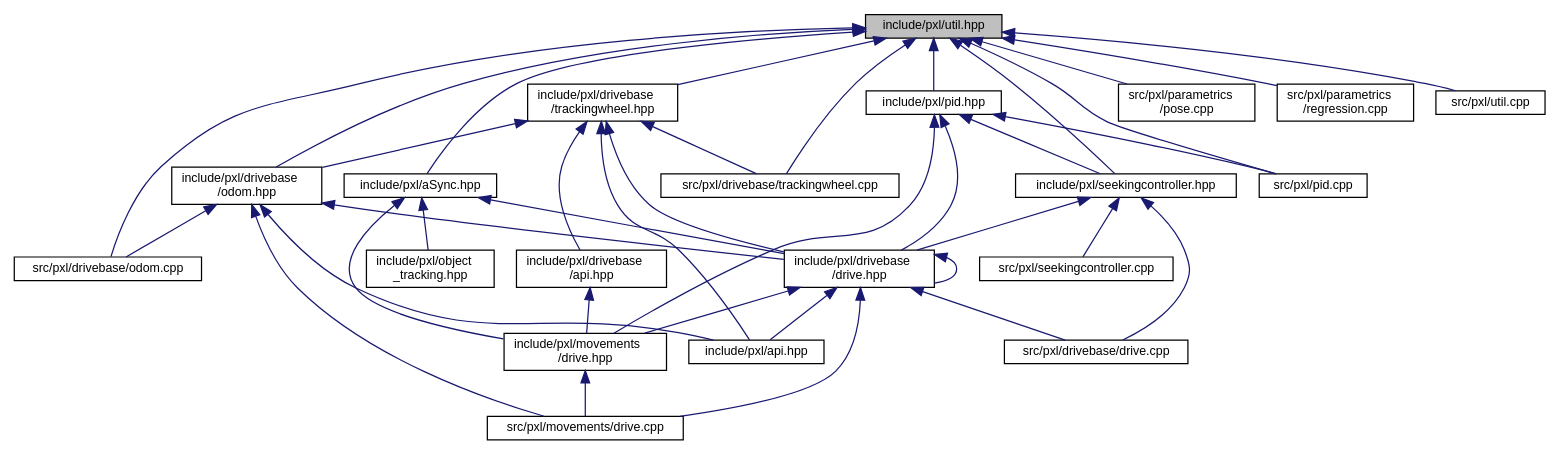
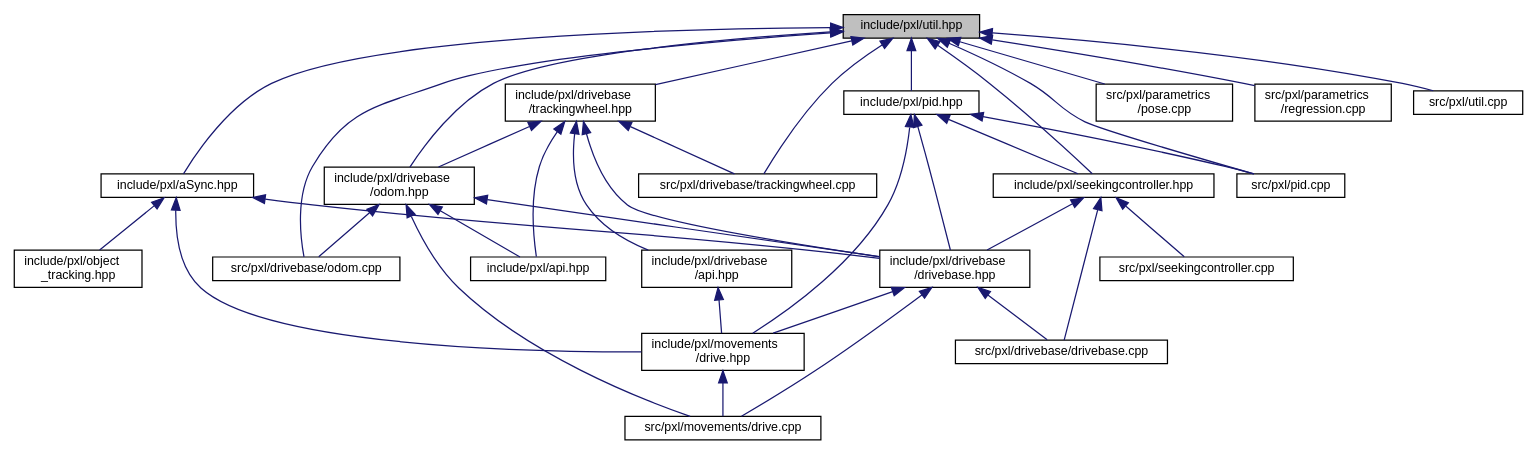
The diagram in util_8hpp__dep__incl.dot (Pixel-Lib/Pixel), drawn with Graphviz before and after one commit. The commit also changed 130 other files, not shown here.

```diff
--- a/util_8hpp__dep__incl.dot
+++ b/util_8hpp__dep__incl.dot
@@ -1,63 +1,61 @@
 digraph "include/pxl/util.hpp"
 {
  // LATEX_PDF_SIZE
   edge [fontname="Helvetica",fontsize="10",labelfontname="Helvetica",labelfontsize="10"];
   node [fontname="Helvetica",fontsize="10",shape=record];
   Node1 [label="include/pxl/util.hpp",height=0.2,width=0.4,color="black", fillcolor="grey75", style="filled", fontcolor="black",tooltip=" "];
   Node1 -> Node2 [dir="back",color="midnightblue",fontsize="10",style="solid",fontname="Helvetica"];
   Node2 [label="include/pxl/aSync.hpp",height=0.2,width=0.4,color="black", fillcolor="white", style="filled",URL="$aSync_8hpp.html",tooltip=" "];
   Node2 -> Node3 [dir="back",color="midnightblue",fontsize="10",style="solid",fontname="Helvetica"];
-  Node3 [label="include/pxl/drivebase\l/drive.hpp",height=0.2,width=0.4,color="black", fillcolor="white", style="filled",URL="$drivebase_2drive_8hpp.html",tooltip=" "];
+  Node3 [label="include/pxl/drivebase\l/drivebase.hpp",height=0.2,width=0.4,color="black", fillcolor="white", style="filled",URL="$drivebase_8hpp.html",tooltip=" "];
   Node3 -> Node4 [dir="back",color="midnightblue",fontsize="10",style="solid",fontname="Helvetica"];
-  Node4 [label="include/pxl/api.hpp",height=0.2,width=0.4,color="black", fillcolor="white", style="filled",URL="$api_8hpp.html",tooltip=" "];
-  Node3 -> Node3 [dir="back",color="midnightblue",fontsize="10",style="solid",fontname="Helvetica"];
+  Node4 [label="include/pxl/movements\l/drive.hpp",height=0.2,width=0.4,color="black", fillcolor="white", style="filled",URL="$drive_8hpp.html",tooltip=" "];
+  Node4 -> Node5 [dir="back",color="midnightblue",fontsize="10",style="solid",fontname="Helvetica"];
+  Node5 [label="src/pxl/movements/drive.cpp",height=0.2,width=0.4,color="black", fillcolor="white", style="filled",URL="$drive_8cpp.html",tooltip=" "];
+  Node3 -> Node6 [dir="back",color="midnightblue",fontsize="10",style="solid",fontname="Helvetica"];
+  Node6 [label="src/pxl/drivebase/drivebase.cpp",height=0.2,width=0.4,color="black", fillcolor="white", style="filled",URL="$drivebase_8cpp.html",tooltip=" "];
   Node3 -> Node5 [dir="back",color="midnightblue",fontsize="10",style="solid",fontname="Helvetica"];
-  Node5 [label="include/pxl/movements\l/drive.hpp",height=0.2,width=0.4,color="black", fillcolor="white", style="filled",URL="$movements_2drive_8hpp.html",tooltip=" "];
-  Node5 -> Node6 [dir="back",color="midnightblue",fontsize="10",style="solid",fontname="Helvetica"];
-  Node6 [label="src/pxl/movements/drive.cpp",height=0.2,width=0.4,color="black", fillcolor="white", style="filled",URL="$movements_2drive_8cpp.html",tooltip=" "];
-  Node3 -> Node7 [dir="back",color="midnightblue",fontsize="10",style="solid",fontname="Helvetica"];
-  Node7 [label="src/pxl/drivebase/drive.cpp",height=0.2,width=0.4,color="black", fillcolor="white", style="filled",URL="$drivebase_2drive_8cpp.html",tooltip=" "];
-  Node3 -> Node6 [dir="back",color="midnightblue",fontsize="10",style="solid",fontname="Helvetica"];
-  Node2 -> Node5 [dir="back",color="midnightblue",fontsize="10",style="solid",fontname="Helvetica"];
-  Node2 -> Node8 [dir="back",color="midnightblue",fontsize="10",style="solid",fontname="Helvetica"];
-  Node8 [label="include/pxl/object\l_tracking.hpp",height=0.2,width=0.4,color="black", fillcolor="white", style="filled",URL="$object__tracking_8hpp.html",tooltip=" "];
-  Node1 -> Node9 [dir="back",color="midnightblue",fontsize="10",style="solid",fontname="Helvetica"];
-  Node9 [label="include/pxl/drivebase\l/odom.hpp",height=0.2,width=0.4,color="black", fillcolor="white", style="filled",URL="$odom_8hpp.html",tooltip=" "];
-  Node9 -> Node4 [dir="back",color="midnightblue",fontsize="10",style="solid",fontname="Helvetica"];
-  Node9 -> Node3 [dir="back",color="midnightblue",fontsize="10",style="solid",fontname="Helvetica"];
-  Node9 -> Node10 [dir="back",color="midnightblue",fontsize="10",style="solid",fontname="Helvetica"];
+  Node2 -> Node4 [dir="back",color="midnightblue",fontsize="10",style="solid",fontname="Helvetica"];
+  Node2 -> Node7 [dir="back",color="midnightblue",fontsize="10",style="solid",fontname="Helvetica"];
+  Node7 [label="include/pxl/object\l_tracking.hpp",height=0.2,width=0.4,color="black", fillcolor="white", style="filled",URL="$object__tracking_8hpp.html",tooltip=" "];
+  Node1 -> Node8 [dir="back",color="midnightblue",fontsize="10",style="solid",fontname="Helvetica"];
+  Node8 [label="include/pxl/drivebase\l/odom.hpp",height=0.2,width=0.4,color="black", fillcolor="white", style="filled",URL="$odom_8hpp.html",tooltip=" "];
+  Node8 -> Node9 [dir="back",color="midnightblue",fontsize="10",style="solid",fontname="Helvetica"];
+  Node9 [label="include/pxl/api.hpp",height=0.2,width=0.4,color="black", fillcolor="white", style="filled",URL="$api_8hpp.html",tooltip=" "];
+  Node8 -> Node3 [dir="back",color="midnightblue",fontsize="10",style="solid",fontname="Helvetica"];
+  Node8 -> Node10 [dir="back",color="midnightblue",fontsize="10",style="solid",fontname="Helvetica"];
   Node10 [label="src/pxl/drivebase/odom.cpp",height=0.2,width=0.4,color="black", fillcolor="white", style="filled",URL="$odom_8cpp.html",tooltip=" "];
-  Node9 -> Node6 [dir="back",color="midnightblue",fontsize="10",style="solid",fontname="Helvetica"];
+  Node8 -> Node5 [dir="back",color="midnightblue",fontsize="10",style="solid",fontname="Helvetica"];
   Node1 -> Node11 [dir="back",color="midnightblue",fontsize="10",style="solid",fontname="Helvetica"];
   Node11 [label="include/pxl/drivebase\l/trackingwheel.hpp",height=0.2,width=0.4,color="black", fillcolor="white", style="filled",URL="$trackingwheel_8hpp.html",tooltip=" "];
-  Node11 -> Node4 [dir="back",color="midnightblue",fontsize="10",style="solid",fontname="Helvetica"];
+  Node11 -> Node9 [dir="back",color="midnightblue",fontsize="10",style="solid",fontname="Helvetica"];
   Node11 -> Node12 [dir="back",color="midnightblue",fontsize="10",style="solid",fontname="Helvetica"];
   Node12 [label="include/pxl/drivebase\l/api.hpp",height=0.2,width=0.4,color="black", fillcolor="white", style="filled",URL="$drivebase_2api_8hpp.html",tooltip=" "];
-  Node12 -> Node5 [dir="back",color="midnightblue",fontsize="10",style="solid",fontname="Helvetica"];
+  Node12 -> Node4 [dir="back",color="midnightblue",fontsize="10",style="solid",fontname="Helvetica"];
   Node11 -> Node3 [dir="back",color="midnightblue",fontsize="10",style="solid",fontname="Helvetica"];
-  Node11 -> Node9 [dir="back",color="midnightblue",fontsize="10",style="solid",fontname="Helvetica"];
+  Node11 -> Node8 [dir="back",color="midnightblue",fontsize="10",style="solid",fontname="Helvetica"];
   Node11 -> Node13 [dir="back",color="midnightblue",fontsize="10",style="solid",fontname="Helvetica"];
   Node13 [label="src/pxl/drivebase/trackingwheel.cpp",height=0.2,width=0.4,color="black", fillcolor="white", style="filled",URL="$trackingwheel_8cpp.html",tooltip=" "];
   Node1 -> Node14 [dir="back",color="midnightblue",fontsize="10",style="solid",fontname="Helvetica"];
   Node14 [label="include/pxl/pid.hpp",height=0.2,width=0.4,color="black", fillcolor="white", style="filled",URL="$pid_8hpp.html",tooltip=" "];
   Node14 -> Node3 [dir="back",color="midnightblue",fontsize="10",style="solid",fontname="Helvetica"];
-  Node14 -> Node5 [dir="back",color="midnightblue",fontsize="10",style="solid",fontname="Helvetica"];
+  Node14 -> Node4 [dir="back",color="midnightblue",fontsize="10",style="solid",fontname="Helvetica"];
   Node14 -> Node15 [dir="back",color="midnightblue",fontsize="10",style="solid",fontname="Helvetica"];
   Node15 [label="include/pxl/seekingcontroller.hpp",height=0.2,width=0.4,color="black", fillcolor="white", style="filled",URL="$seekingcontroller_8hpp.html",tooltip=" "];
   Node15 -> Node3 [dir="back",color="midnightblue",fontsize="10",style="solid",fontname="Helvetica"];
-  Node15 -> Node7 [dir="back",color="midnightblue",fontsize="10",style="solid",fontname="Helvetica"];
+  Node15 -> Node6 [dir="back",color="midnightblue",fontsize="10",style="solid",fontname="Helvetica"];
   Node15 -> Node16 [dir="back",color="midnightblue",fontsize="10",style="solid",fontname="Helvetica"];
   Node16 [label="src/pxl/seekingcontroller.cpp",height=0.2,width=0.4,color="black", fillcolor="white", style="filled",URL="$seekingcontroller_8cpp.html",tooltip=" "];
   Node14 -> Node17 [dir="back",color="midnightblue",fontsize="10",style="solid",fontname="Helvetica"];
   Node17 [label="src/pxl/pid.cpp",height=0.2,width=0.4,color="black", fillcolor="white", style="filled",URL="$pid_8cpp.html",tooltip=" "];
   Node1 -> Node15 [dir="back",color="midnightblue",fontsize="10",style="solid",fontname="Helvetica"];
   Node1 -> Node10 [dir="back",color="midnightblue",fontsize="10",style="solid",fontname="Helvetica"];
   Node1 -> Node13 [dir="back",color="midnightblue",fontsize="10",style="solid",fontname="Helvetica"];
   Node1 -> Node18 [dir="back",color="midnightblue",fontsize="10",style="solid",fontname="Helvetica"];
   Node18 [label="src/pxl/parametrics\l/pose.cpp",height=0.2,width=0.4,color="black", fillcolor="white", style="filled",URL="$pose_8cpp.html",tooltip=" "];
   Node1 -> Node19 [dir="back",color="midnightblue",fontsize="10",style="solid",fontname="Helvetica"];
   Node19 [label="src/pxl/parametrics\l/regression.cpp",height=0.2,width=0.4,color="black", fillcolor="white", style="filled",URL="$regression_8cpp.html",tooltip=" "];
   Node1 -> Node17 [dir="back",color="midnightblue",fontsize="10",style="solid",fontname="Helvetica"];
   Node1 -> Node20 [dir="back",color="midnightblue",fontsize="10",style="solid",fontname="Helvetica"];
   Node20 [label="src/pxl/util.cpp",height=0.2,width=0.4,color="black", fillcolor="white", style="filled",URL="$util_8cpp.html",tooltip=" "];
 }
```
